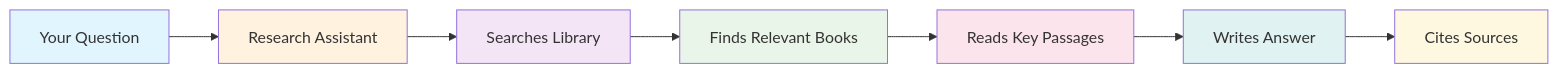
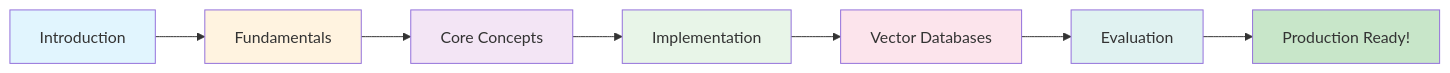
One commit to nvgr-GenAI/my-learning changed the first of 3 diagrams in docs/genai/rag/index.md. Above: the diagram before and after it, drawn with Mermaid. The commit also changed other lines of this file and 417 other files, not shown here.

````diff
--- a/docs/genai/rag/index.md
+++ b/docs/genai/rag/index.md
@@ -28,17 +72,17 @@
 ```mermaid
 graph LR
-    A[Your Question] --> B[Research Assistant]
-    B --> C[Searches Library]
-    C --> D[Finds Relevant Books]
-    D --> E[Reads Key Passages]
-    E --> F[Writes Answer]
-    F --> G[Cites Sources]
+    A[Introduction] --> B[Fundamentals]
+    B --> C[Core Concepts]
+    C --> D[Implementation]
+    D --> E[Vector Databases]
+    E --> F[Evaluation]
+    F --> G[Production Ready!]
     
     style A fill:#e1f5fe
     style B fill:#fff3e0
     style C fill:#f3e5f5
     style D fill:#e8f5e8
     style E fill:#fce4ec
     style F fill:#e0f2f1
-    style G fill:#fff8e1
+    style G fill:#c8e6c9
 ```
````
